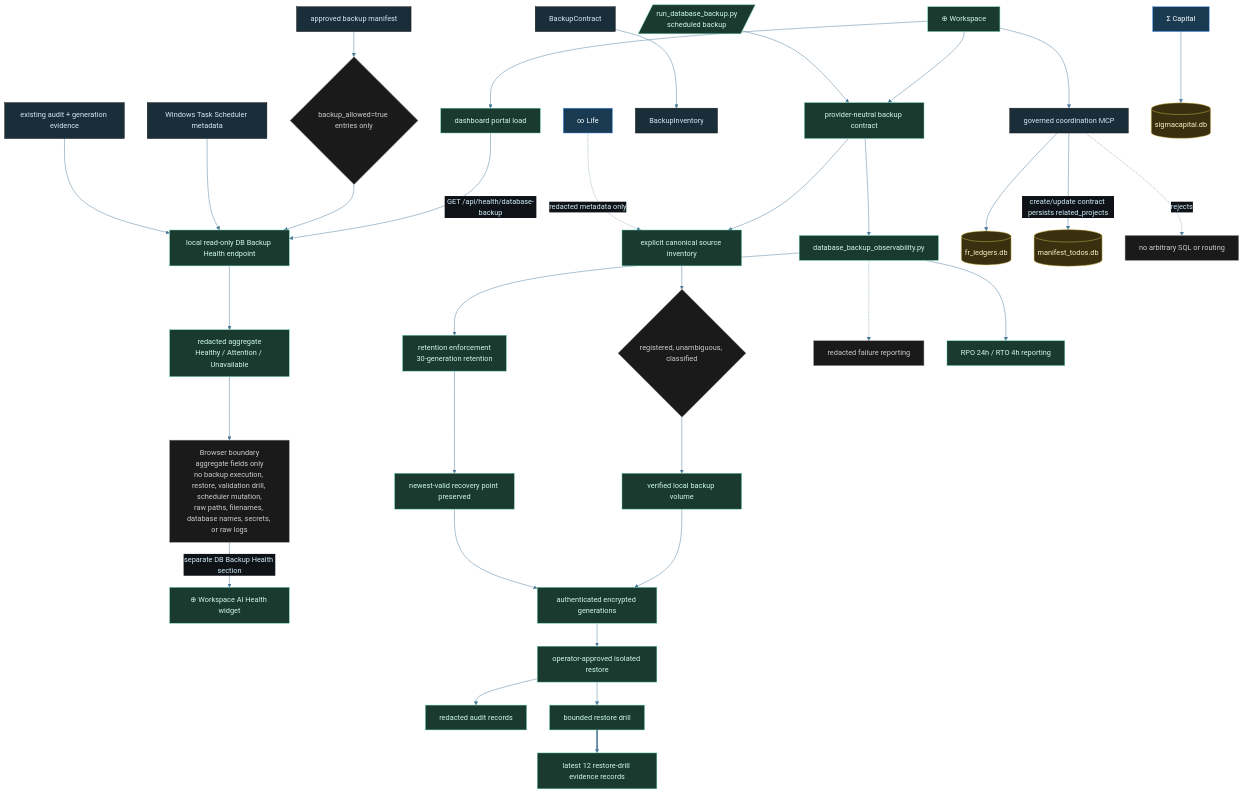
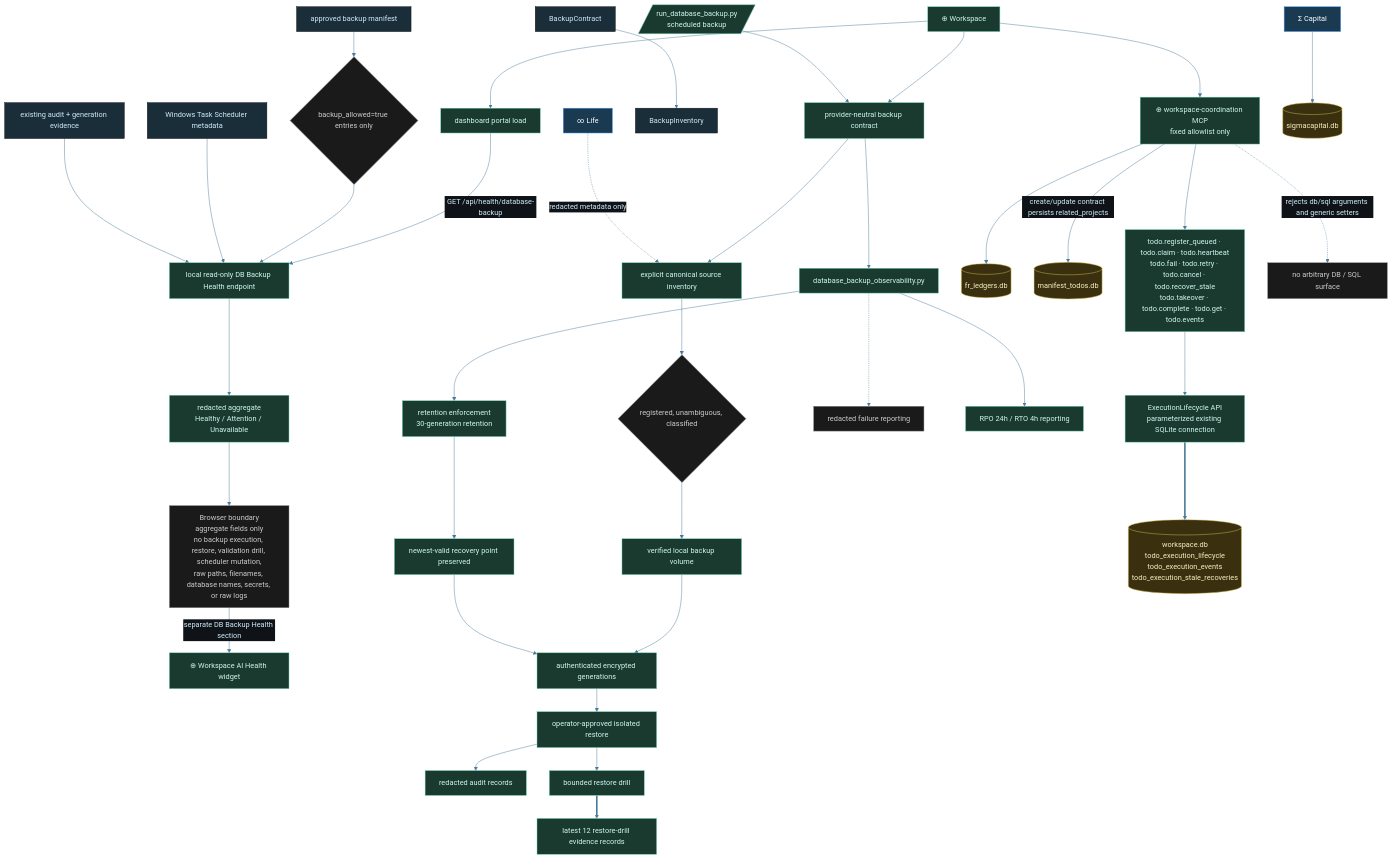
Before and after one commit to tylerdrakemusic/-Workspace: the diagram in diagrams/workspace-derived-backup-and-coordination.mmd, drawn with Mermaid. The commit also changed 2 other files, not shown here.

Commit message:
⊕ workspace: package approved TODO lifecycle diagrams

```diff
--- a/diagrams/workspace-derived-backup-and-coordination.mmd
+++ b/diagrams/workspace-derived-backup-and-coordination.mmd
@@ -1,44 +1,49 @@
 %%{init: {'theme': 'base', 'themeVariables': {'primaryColor': '#1a2e3a', 'primaryTextColor': '#d0ecf8', 'edgeLabelBackground': '#0f1318', 'lineColor': '#4a7a9a'}}}%%
 %% is_derived_view=true
 %% Traceability.parent: diagrams/workspace-integrations.mmd
 graph TB
     Workspace[⊕ Workspace] --> Backup[provider-neutral backup contract]
     Workspace --> PortalLoad[dashboard portal load]
     PortalLoad -->|"GET /api/health/database-backup"| BackupHealthEndpoint[local read-only DB Backup Health endpoint]
     ApprovedManifest[approved backup manifest] --> AllowedBackupEntries{backup_allowed=true entries only}
     AllowedBackupEntries --> BackupHealthEndpoint
     TaskMetadata[Windows Task Scheduler metadata] --> BackupHealthEndpoint
     AuditGeneration[existing audit + generation evidence] --> BackupHealthEndpoint
     BackupHealthEndpoint --> BackupHealthProjection[redacted aggregate<br/>Healthy / Attention / Unavailable]
     BackupHealthProjection --> BrowserBoundary[Browser boundary<br/>aggregate fields only<br/>no backup execution, restore, validation drill, scheduler mutation,<br/>raw paths, filenames, database names, secrets, or raw logs]
     BrowserBoundary -->|"separate DB Backup Health section"| AIHealthWidget[⊕ Workspace AI Health widget]
     BackupRunner[/run_database_backup.py<br/>scheduled backup/] --> Backup
     Backup --> Observability[database_backup_observability.py]
     BackupContract --> BackupInventory
     Backup --> Inventory[explicit canonical source inventory]
     Inventory --> Discovery{registered, unambiguous, classified}
     Discovery --> Volume[verified local backup volume]
     Volume --> Generations[authenticated encrypted generations]
     Generations --> Restore[operator-approved isolated restore]
     Restore --> Audit[redacted audit records]
     Observability --> Retention[retention enforcement<br/>30-generation retention]
     Retention --> NewestValid[newest-valid recovery point preserved]
     NewestValid --> Generations
     Observability -.-> Failure[redacted failure reporting]
     Restore --> Drill[bounded restore drill]
     Drill ==> Evidence[latest 12 restore-drill evidence records]
     Observability --> Objectives[RPO 24h / RTO 4h reporting]
-    Workspace --> Coord[governed coordination MCP]
+    Workspace --> Coord[⊕ workspace-coordination MCP<br/>fixed allowlist only]
     Coord --> FRLedger[(fr_ledgers.db)]
     Coord -->|create/update contract persists related_projects| TodoDB[(manifest_todos.db)]
-    Coord -.->|rejects| GenericSQL[no arbitrary SQL or routing]
+    Coord --> TodoOperations[todo.register_queued · todo.claim · todo.heartbeat<br/>todo.fail · todo.retry · todo.cancel · todo.recover_stale<br/>todo.takeover · todo.complete · todo.get · todo.events]
+    TodoOperations --> ExecutionLifecycle[ExecutionLifecycle API<br/>parameterized existing SQLite connection]
+    ExecutionLifecycle ==> WorkspaceDB[(workspace.db<br/>todo_execution_lifecycle<br/>todo_execution_events<br/>todo_execution_stale_recoveries)]
+    Coord -.->|rejects db/sql arguments and generic setters| GenericSQL[no arbitrary DB / SQL surface]
     Life[∞ Life] -.->|redacted metadata only| Inventory
     Capital[Σ Capital] --> CapitalDB[(sigmacapital.db)]
-    class Workspace,Backup,BackupRunner,Observability,Inventory,Volume,Generations,Restore,Audit,Retention,NewestValid,Drill,Evidence,Objectives,PortalLoad,BackupHealthEndpoint,BackupHealthProjection,AIHealthWidget ws
+    class Workspace,Backup,BackupRunner,Observability,Inventory,Volume,Generations,Restore,Audit,Retention,NewestValid,Drill,Evidence,Objectives,PortalLoad,BackupHealthEndpoint,BackupHealthProjection,AIHealthWidget,Coord,TodoOperations,ExecutionLifecycle ws
     class Life,Capital orch
     class Discovery,GenericSQL,Failure,AllowedBackupEntries,BrowserBoundary state
-    class FRLedger,TodoDB,CapitalDB db
-classDef orch fill:#1a3a52,stroke:#4a9eff,color:#fff
-classDef ws fill:#1a3a30,stroke:#6ad4b4,color:#d0f8ee
-classDef state fill:#1a1a1a,stroke:#888888,color:#cccccc
-classDef db fill:#3a3010,stroke:#d4c050,color:#f8f0c0
+    class FRLedger,TodoDB,WorkspaceDB,CapitalDB db
+classDef tyler   fill:#2a1a3a,stroke:#9e4aff,color:#fff
+classDef orch    fill:#1a3a52,stroke:#4a9eff,color:#fff
+classDef ws      fill:#1a3a30,stroke:#6ad4b4,color:#d0f8ee
+classDef ext     fill:#3a2020,stroke:#ff7a7a,color:#ffd0d0
+classDef db      fill:#3a3010,stroke:#d4c050,color:#f8f0c0
+classDef state   fill:#1a1a1a,stroke:#888888,color:#cccccc
```
